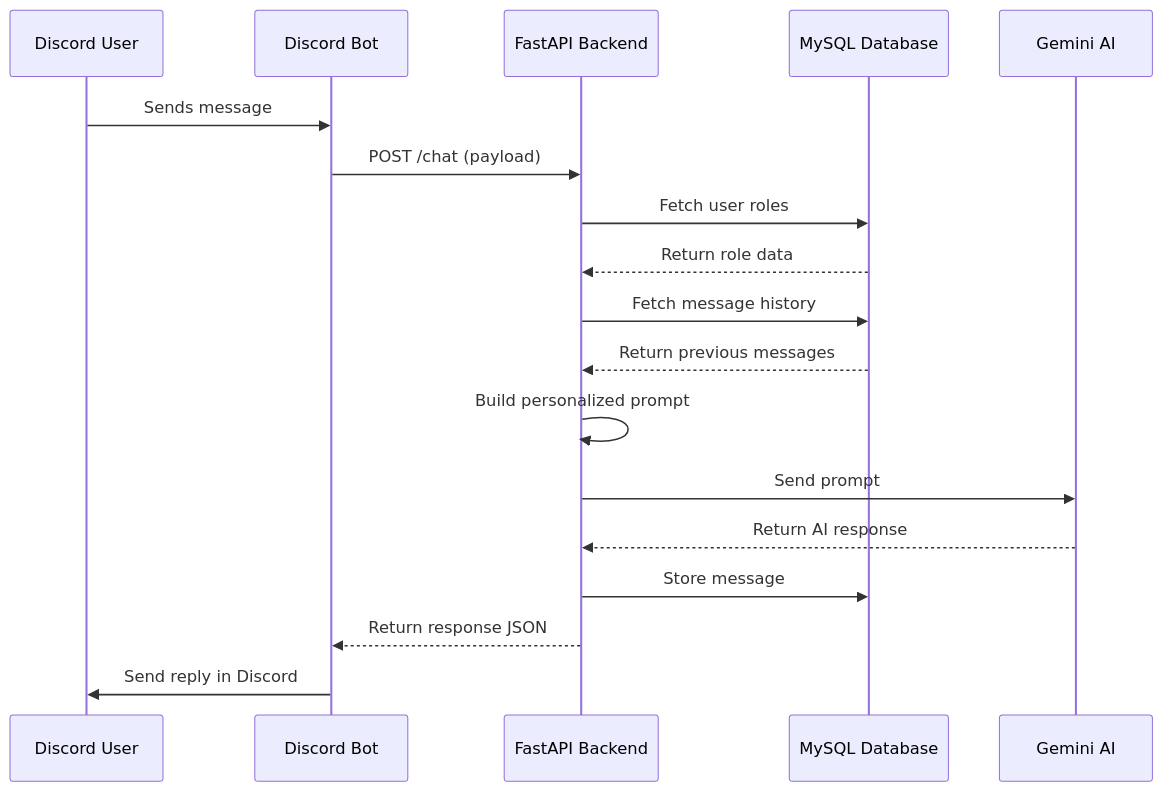
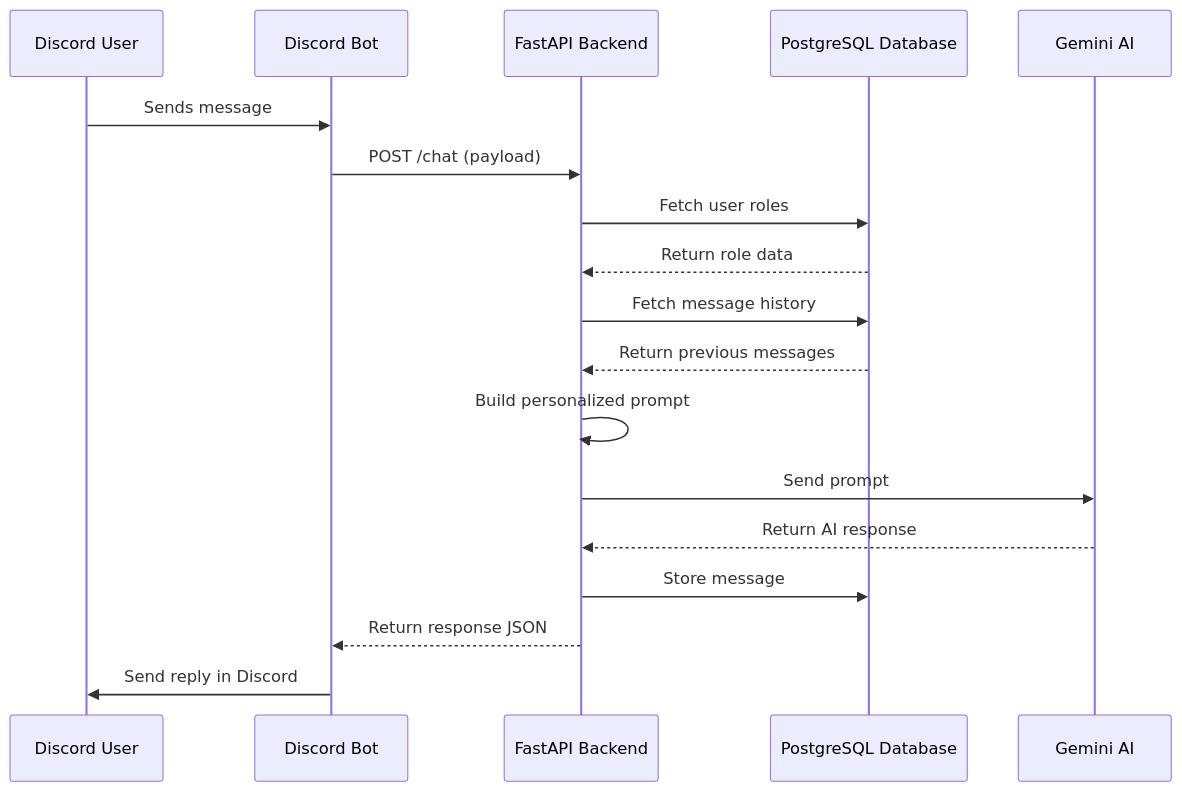
Before and after one commit to p2ratik/Discord-Bot: the second of 3 diagrams in README.md, drawn with Mermaid. The commit also changed other lines of this file and 5 other files, not shown here.

````diff
--- a/README.md
+++ b/README.md
@@ -127,21 +127,21 @@
 ```mermaid
 sequenceDiagram
     participant U as Discord User
     participant B as Discord Bot
     participant API as FastAPI Backend
-    participant DB as MySQL Database
+    participant DB as PostgreSQL Database
     participant AI as Gemini AI
     
     U->>B: Sends message
     B->>API: POST /chat (payload)
     API->>DB: Fetch user roles
     DB-->>API: Return role data
     API->>DB: Fetch message history
     DB-->>API: Return previous messages
     API->>API: Build personalized prompt
     API->>AI: Send prompt
     AI-->>API: Return AI response
     API->>DB: Store message
     API-->>B: Return response JSON
     B->>U: Send reply in Discord
 ```
````
